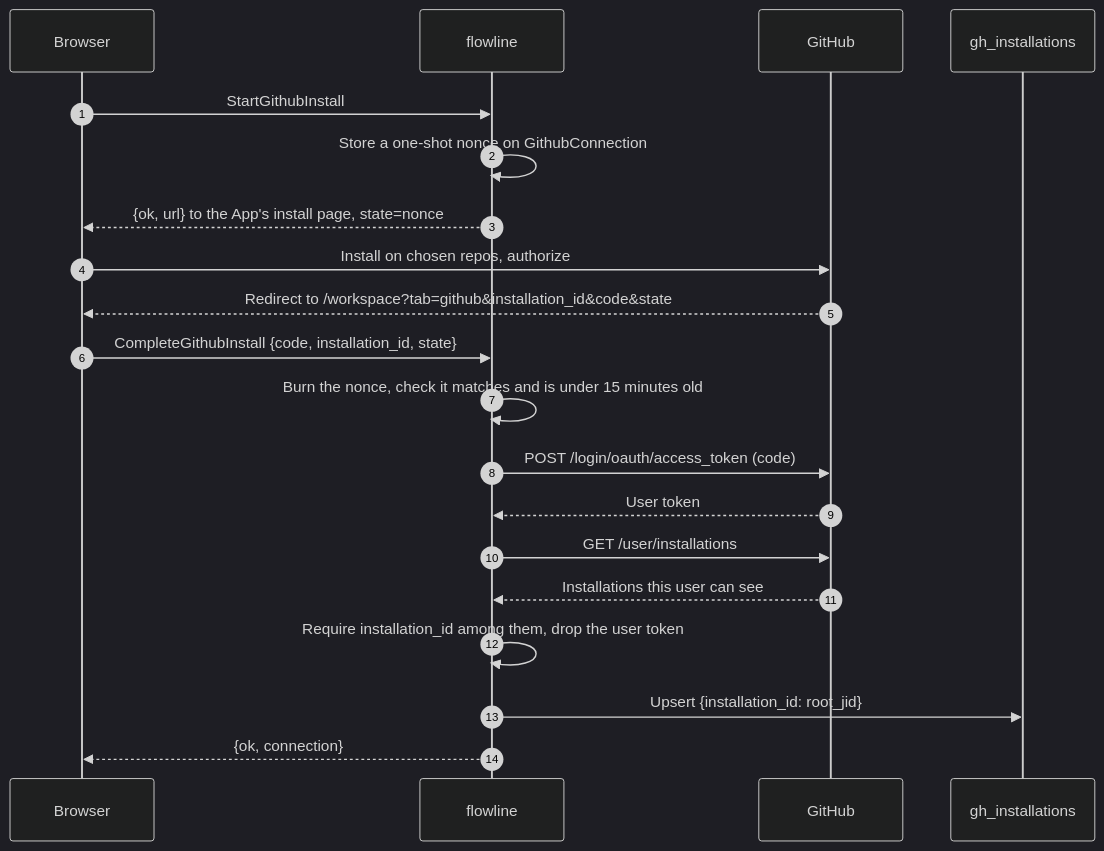
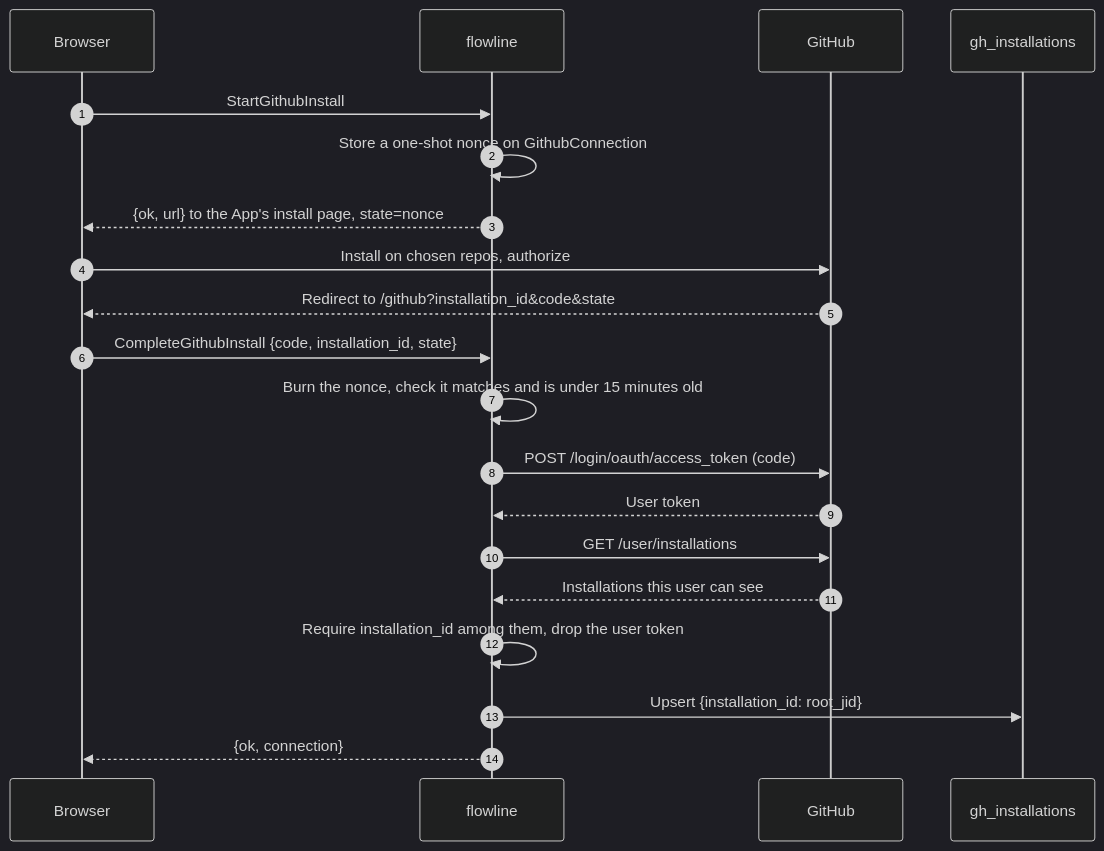
Before and after one commit to kashmithnisakya/flowline: the second of 2 diagrams in docs/content/concepts/github-sync.md, drawn with Mermaid (dark theme). The commit also changed other lines of this file and 26 other files, not shown here.

````diff
--- a/docs/content/concepts/github-sync.md
+++ b/docs/content/concepts/github-sync.md
@@ -32,22 +32,22 @@
 ```mermaid
 sequenceDiagram
     autonumber
     participant B as Browser
     participant A as flowline
     participant G as GitHub
     participant I as gh_installations
     B->>A: StartGithubInstall
     A->>A: Store a one-shot nonce on GithubConnection
     A-->>B: {ok, url} to the App's install page, state=nonce
     B->>G: Install on chosen repos, authorize
-    G-->>B: Redirect to /workspace?tab=github&installation_id&code&state
+    G-->>B: Redirect to /github?installation_id&code&state
     B->>A: CompleteGithubInstall {code, installation_id, state}
     A->>A: Burn the nonce, check it matches and is under 15 minutes old
     A->>G: POST /login/oauth/access_token (code)
     G-->>A: User token
     A->>G: GET /user/installations
     G-->>A: Installations this user can see
     A->>A: Require installation_id among them, drop the user token
     A->>I: Upsert {installation_id: root_jid}
     A-->>B: {ok, connection}
 ```
````
